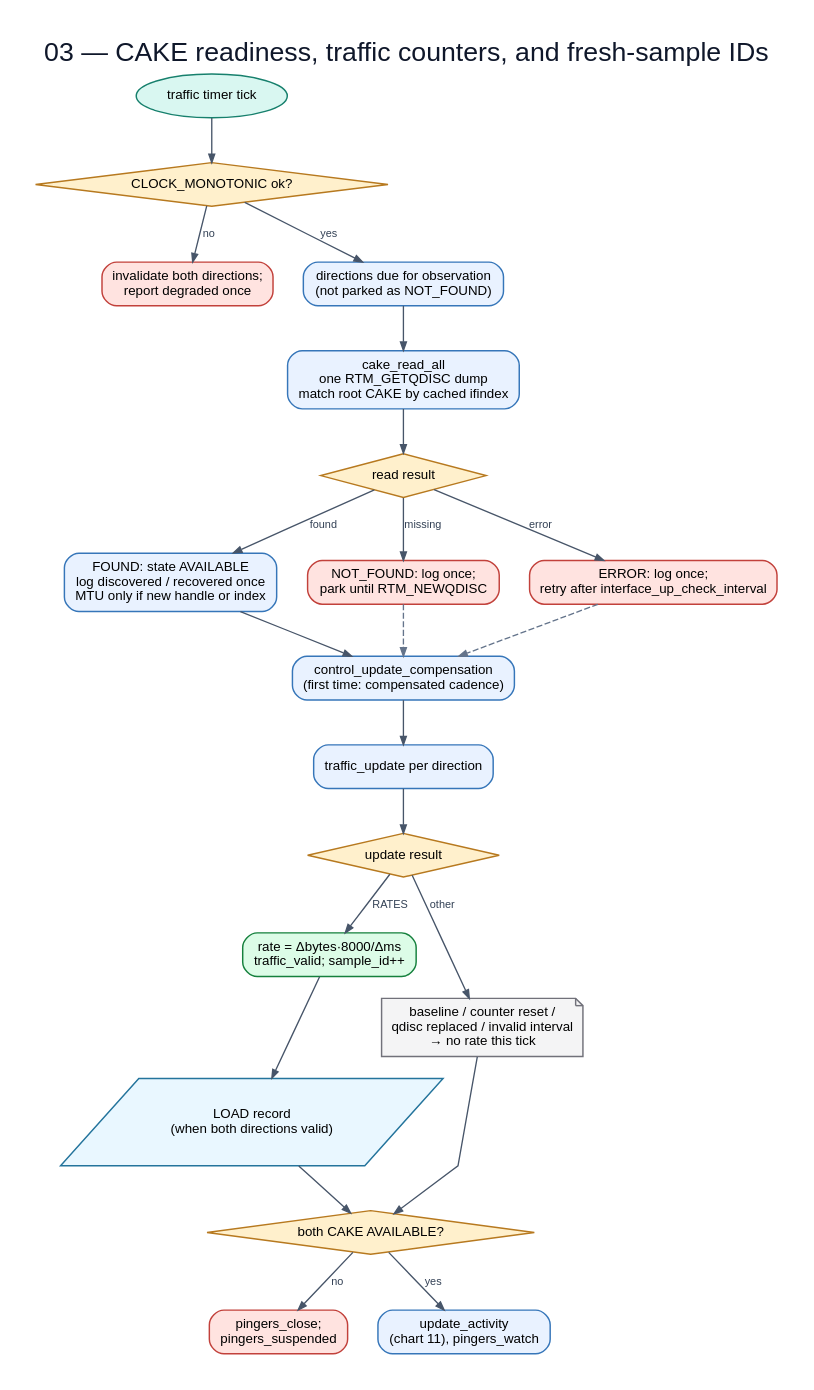
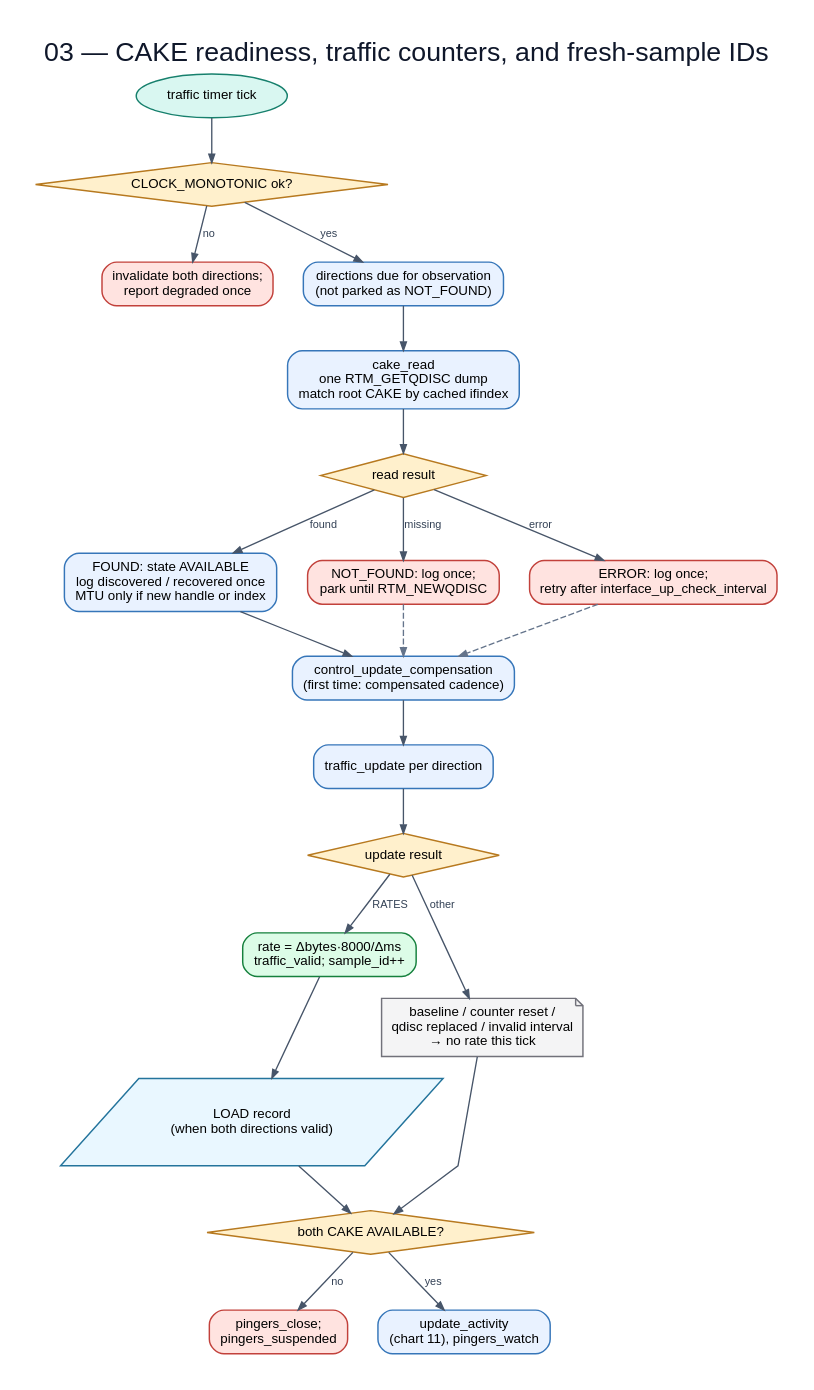
The diagram in flowchart/diagrams/03-cake-and-traffic.dot (huydoan94/cake-adapt), drawn with Graphviz before and after one commit. The commit also changed 8 other files, not shown here.

Commit message:
flowchart: follow the context refactor

```diff
--- a/flowchart/diagrams/03-cake-and-traffic.dot
+++ b/flowchart/diagrams/03-cake-and-traffic.dot
@@ -1,43 +1,43 @@
 digraph G {
   graph [rankdir=TB,bgcolor="white",pad="0.30",nodesep="0.35",ranksep="0.48",splines=polyline,fontname="Arial",label="03 — CAKE readiness, traffic counters, and fresh-sample IDs",labelloc=t,fontsize=22,fontcolor="#0f172a"];
   node [fontname="Arial",fontsize=11,margin="0.14,0.09",penwidth=1.2];
   edge [fontname="Arial",fontsize=9,color="#475569",fontcolor="#334155",arrowsize=0.7,penwidth=1.1];
   tick [label="traffic timer tick",shape=oval,style="filled",fillcolor="#d9f7f1",color="#17806d"];
   clock [label="CLOCK_MONOTONIC ok?",shape=diamond,style="filled",fillcolor="#fff0cc",color="#b7791f"];
   clockfail [label="invalidate both directions;\nreport degraded once",shape=box,style="rounded,filled",fillcolor="#ffe3e0",color="#c2413b"];
   due [label="directions due for observation\n(not parked as NOT_FOUND)",shape=box,style="rounded,filled",fillcolor="#e9f2ff",color="#3676b9"];
-  dump [label="cake_read_all\none RTM_GETQDISC dump\nmatch root CAKE by cached ifindex",shape=box,style="rounded,filled",fillcolor="#e9f2ff",color="#3676b9"];
+  dump [label="cake_read\none RTM_GETQDISC dump\nmatch root CAKE by cached ifindex",shape=box,style="rounded,filled",fillcolor="#e9f2ff",color="#3676b9"];
   result [label="read result",shape=diamond,style="filled",fillcolor="#fff0cc",color="#b7791f"];
   found [label="FOUND: state AVAILABLE\nlog discovered / recovered once\nMTU only if new handle or index",shape=box,style="rounded,filled",fillcolor="#e9f2ff",color="#3676b9"];
   notfound [label="NOT_FOUND: log once;\npark until RTM_NEWQDISC",shape=box,style="rounded,filled",fillcolor="#ffe3e0",color="#c2413b"];
   error [label="ERROR: log once;\nretry after interface_up_check_interval",shape=box,style="rounded,filled",fillcolor="#ffe3e0",color="#c2413b"];
   comp [label="control_update_compensation\n(first time: compensated cadence)",shape=box,style="rounded,filled",fillcolor="#e9f2ff",color="#3676b9"];
   traffic [label="traffic_update per direction",shape=box,style="rounded,filled",fillcolor="#e9f2ff",color="#3676b9"];
   tresult [label="update result",shape=diamond,style="filled",fillcolor="#fff0cc",color="#b7791f"];
   rate [label="rate = Δbytes·8000/Δms\ntraffic_valid; sample_id++",shape=box,style="rounded,filled,bold",fillcolor="#dcfce7",color="#15803d"];
   rebase [label="baseline / counter reset /\nqdisc replaced / invalid interval\n→ no rate this tick",shape=note,style="filled",fillcolor="#f4f4f5",color="#71717a"];
   load [label="LOAD record\n(when both directions valid)",shape=parallelogram,style="filled",fillcolor="#e9f7ff",color="#24749c"];
   ready [label="both CAKE AVAILABLE?",shape=diamond,style="filled",fillcolor="#fff0cc",color="#b7791f"];
   suspend [label="pingers_close;\npingers_suspended",shape=box,style="rounded,filled",fillcolor="#ffe3e0",color="#c2413b"];
   activity [label="update_activity\n(chart 11), pingers_watch",shape=box,style="rounded,filled",fillcolor="#e9f2ff",color="#3676b9"];
   tick -> clock;
   clock -> clockfail [label="no"];
   clock -> due [label="yes"];
   due -> dump;
   dump -> result;
   result -> found [label="found"];
   result -> notfound [label="missing"];
   result -> error [label="error"];
   found -> comp;
   notfound -> comp [style=dashed,color="#64748b"];
   error -> comp [style=dashed,color="#64748b"];
   comp -> traffic;
   traffic -> tresult;
   tresult -> rate [label="RATES"];
   tresult -> rebase [label="other"];
   rate -> load;
   load -> ready;
   rebase -> ready;
   ready -> suspend [label="no"];
   ready -> activity [label="yes"];
 }
```
